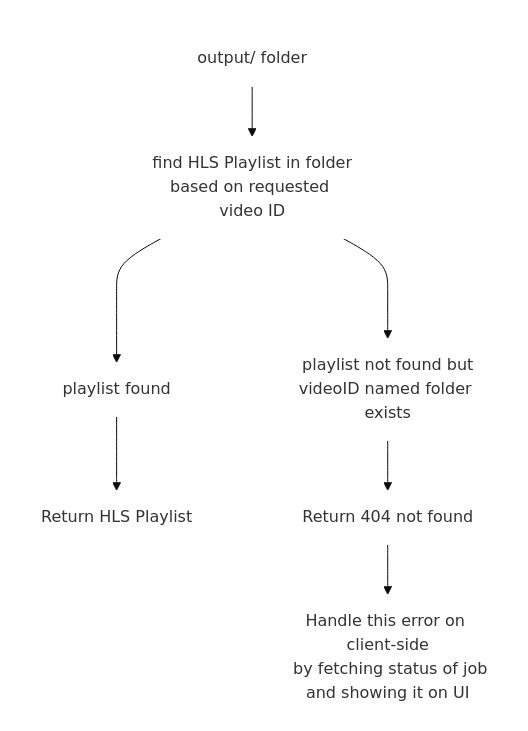
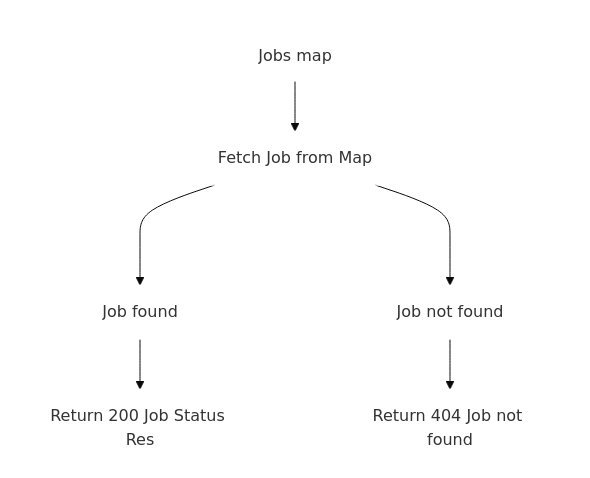
The fourth of 4 diagrams in docs/API.md (prashant348/media-processing-pipeline), drawn with Mermaid (base theme) before and after one commit. The commit also changed other lines of this file and 19 other files, not shown here.

First line of the commit message:
docs: update architecture, api, and readme documentation

````diff
--- a/docs/API.md
+++ b/docs/API.md
@@ -117,23 +288,21 @@
 ```mermaid
 graph TD
 
-    classDef StreamVideoAPI fill:transparent,stroke:#fff,stroke-width:1px;
+    classDef JobStatusAPI fill:transparent,stroke:#fff,stroke-width:1px;
 
-
-    A[(output/ folder)] 
-    B[find HLS Playlist in folder<br/>based on requested video ID]
-    C[playlist found]
-    D[playlist not found but<br/>videoID named folder exists]
-    E[Return HLS Playlist]
-    F[Return 404 not found]
-    G[Handle this error on client-side<br/> by fetching status of job<br/>and showing it on UI]
+    A[(Jobs map)] 
+    B[Fetch Job from Map]
+    C[Job found]
+    D[Job not found]
+    E[Return 200 Job Status Res]
+    F[Return 404 Job not found]
 
 
     A --> B
     B ---> C
     B ---> D
     C --> E
-    D --> F --> G
+    D --> F
 
-    class A,B,C,D,E,F,G StreamVideoAPI
+    class A,B,C,D,E,F JobStatusAPI
 ```
````
